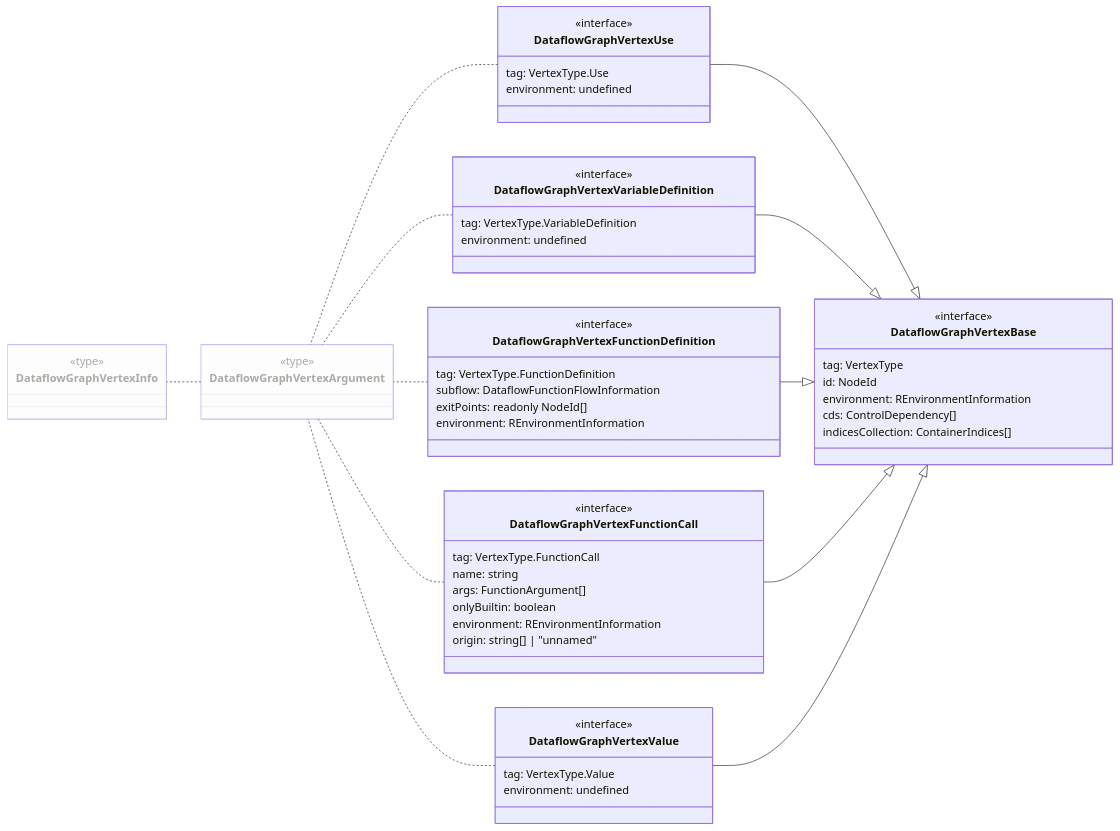
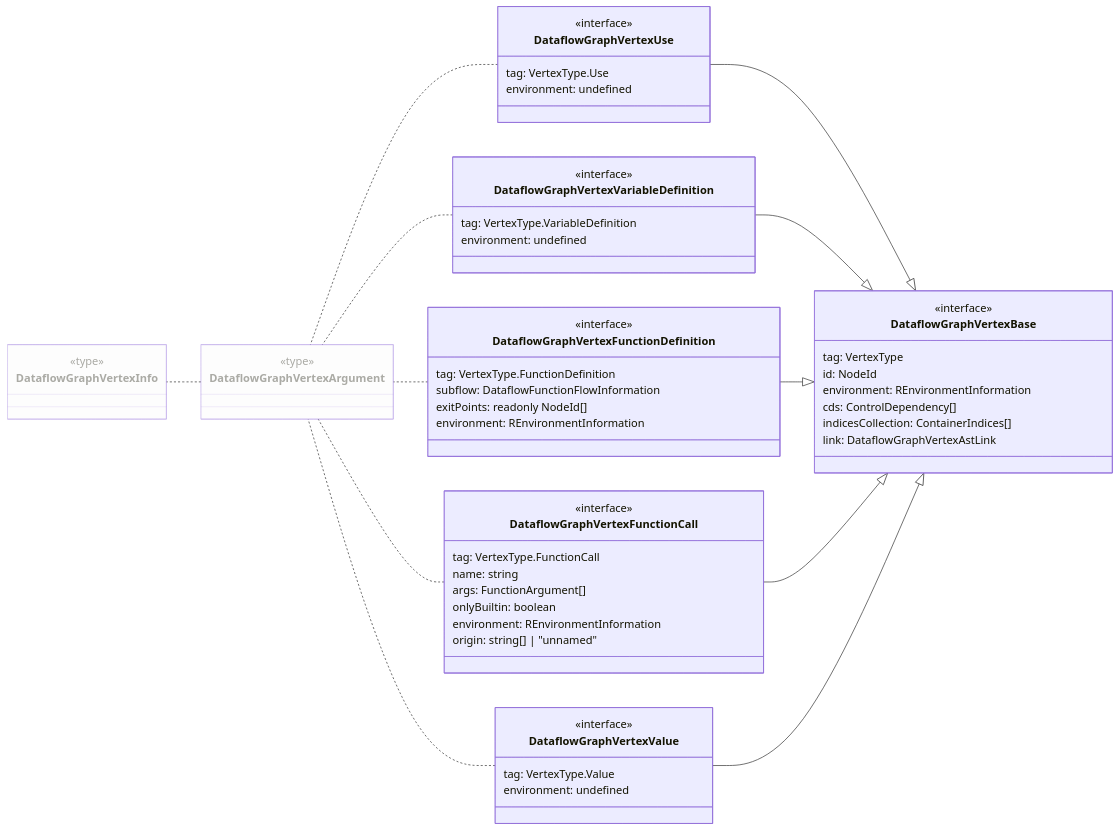
The second of 48 diagrams in wiki/Dataflow Graph.md (flowr-analysis/flowr), drawn with Mermaid before and after one commit. The commit also changed other lines of this file and 1 other file, not shown here.

Commit message:
[skip ci] doc: update generated wiki pages (wiki/Dataflow Graph,wiki/Interface)

````diff
--- a/wiki/Dataflow Graph.md
+++ b/wiki/Dataflow Graph.md
@@ -111,62 +111,63 @@
 ```mermaid
 classDiagram
 direction RL
 class DataflowGraphVertexInfo
     <<type>> DataflowGraphVertexInfo
 style DataflowGraphVertexInfo opacity:.35,fill:#FAFAFA
-click DataflowGraphVertexInfo href "https://github.com/flowr-analysis/flowr/tree/main//src/dataflow/graph/vertex.ts#L289" "This is the union type of all possible vertices that appear within a; #60;code#62;dataflow graph#60;/code#62;; , they can be constructed passing a; #60;code#62;DataflowGraphVertexArgument#60;/code#62;; to the graph.  See; #60;code#62;DataflowGraphVertices#60;/code#62;; for an id#45;based mapping."
+click DataflowGraphVertexInfo href "https://github.com/flowr-analysis/flowr/tree/main//src/dataflow/graph/vertex.ts#L298" "This is the union type of all possible vertices that appear within a; #60;code#62;dataflow graph#60;/code#62;; , they can be constructed passing a; #60;code#62;DataflowGraphVertexArgument#60;/code#62;; to the graph.  See; #60;code#62;DataflowGraphVertices#60;/code#62;; for an id#45;based mapping."
 class DataflowGraphVertexArgument
     <<type>> DataflowGraphVertexArgument
 style DataflowGraphVertexArgument opacity:.35,fill:#FAFAFA
-click DataflowGraphVertexArgument href "https://github.com/flowr-analysis/flowr/tree/main//src/dataflow/graph/vertex.ts#L281" "What is to be passed to construct a vertex in the; #60;code#62;dataflow graph#60;/code#62;"
+click DataflowGraphVertexArgument href "https://github.com/flowr-analysis/flowr/tree/main//src/dataflow/graph/vertex.ts#L290" "What is to be passed to construct a vertex in the; #60;code#62;dataflow graph#60;/code#62;"
 class DataflowGraphVertexUse
     <<interface>> DataflowGraphVertexUse
     DataflowGraphVertexUse : tag#58; VertexType.Use
     DataflowGraphVertexUse : environment#58; undefined
-click DataflowGraphVertexUse href "https://github.com/flowr-analysis/flowr/tree/main//src/dataflow/graph/vertex.ts#L213" "Arguments required to construct a vertex which represents the usage of a variable in the; #60;code#62;dataflow graph#60;/code#62;; ."
+click DataflowGraphVertexUse href "https://github.com/flowr-analysis/flowr/tree/main//src/dataflow/graph/vertex.ts#L222" "Arguments required to construct a vertex which represents the usage of a variable in the; #60;code#62;dataflow graph#60;/code#62;; ."
 class DataflowGraphVertexBase
     <<interface>> DataflowGraphVertexBase
     DataflowGraphVertexBase : tag#58; VertexType
     DataflowGraphVertexBase : id#58; NodeId
     DataflowGraphVertexBase : environment#58; REnvironmentInformation
     DataflowGraphVertexBase : cds#58; ControlDependency#91;#93;
     DataflowGraphVertexBase : indicesCollection#58; ContainerIndices#91;#93;
+    DataflowGraphVertexBase : link#58; DataflowGraphVertexAstLink
 click DataflowGraphVertexBase href "https://github.com/flowr-analysis/flowr/tree/main//src/dataflow/graph/vertex.ts#L156" "Arguments required to construct a vertex in the; #60;code#62;dataflow graph#60;/code#62;; ."
 class DataflowGraphVertexVariableDefinition
     <<interface>> DataflowGraphVertexVariableDefinition
     DataflowGraphVertexVariableDefinition : tag#58; VertexType.VariableDefinition
     DataflowGraphVertexVariableDefinition : environment#58; undefined
-click DataflowGraphVertexVariableDefinition href "https://github.com/flowr-analysis/flowr/tree/main//src/dataflow/graph/vertex.ts#L251" "Arguments required to construct a vertex which represents the definition of a variable in the; #60;code#62;dataflow graph#60;/code#62;; ."
+click DataflowGraphVertexVariableDefinition href "https://github.com/flowr-analysis/flowr/tree/main//src/dataflow/graph/vertex.ts#L260" "Arguments required to construct a vertex which represents the definition of a variable in the; #60;code#62;dataflow graph#60;/code#62;; ."
 class DataflowGraphVertexFunctionDefinition
     <<interface>> DataflowGraphVertexFunctionDefinition
     DataflowGraphVertexFunctionDefinition : tag#58; VertexType.FunctionDefinition
     DataflowGraphVertexFunctionDefinition : subflow#58; DataflowFunctionFlowInformation
     DataflowGraphVertexFunctionDefinition : exitPoints#58; readonly NodeId#91;#93;
     DataflowGraphVertexFunctionDefinition : environment#58; REnvironmentInformation
-click DataflowGraphVertexFunctionDefinition href "https://github.com/flowr-analysis/flowr/tree/main//src/dataflow/graph/vertex.ts#L262" "Arguments required to construct a vertex which represents the definition of a function in the; #60;code#62;dataflow graph#60;/code#62;; ."
+click DataflowGraphVertexFunctionDefinition href "https://github.com/flowr-analysis/flowr/tree/main//src/dataflow/graph/vertex.ts#L271" "Arguments required to construct a vertex which represents the definition of a function in the; #60;code#62;dataflow graph#60;/code#62;; ."
 class DataflowGraphVertexFunctionCall
     <<interface>> DataflowGraphVertexFunctionCall
     DataflowGraphVertexFunctionCall : tag#58; VertexType.FunctionCall
     DataflowGraphVertexFunctionCall : name#58; string
     DataflowGraphVertexFunctionCall : args#58; FunctionArgument#91;#93;
     DataflowGraphVertexFunctionCall : onlyBuiltin#58; boolean
     DataflowGraphVertexFunctionCall : environment#58; REnvironmentInformation
     DataflowGraphVertexFunctionCall : origin#58; string#91;#93; | #34;unnamed#34;
-click DataflowGraphVertexFunctionCall href "https://github.com/flowr-analysis/flowr/tree/main//src/dataflow/graph/vertex.ts#L224" "Arguments required to construct a vertex which represents the usage of a variable in the; #60;code#62;dataflow graph#60;/code#62;; ."
+click DataflowGraphVertexFunctionCall href "https://github.com/flowr-analysis/flowr/tree/main//src/dataflow/graph/vertex.ts#L233" "Arguments required to construct a vertex which represents the usage of a variable in the; #60;code#62;dataflow graph#60;/code#62;; ."
 class DataflowGraphVertexValue
     <<interface>> DataflowGraphVertexValue
     DataflowGraphVertexValue : tag#58; VertexType.Value
     DataflowGraphVertexValue : environment#58; undefined
-click DataflowGraphVertexValue href "https://github.com/flowr-analysis/flowr/tree/main//src/dataflow/graph/vertex.ts#L203" "Marker vertex for a value in the dataflow of the program. This does not contain the #95;value#95; of the referenced constant as this is available with the; #60;code#62;id#60;/code#62;; in the; #60;code#62;normalized AST#60;/code#62;; (or more specifically the; #60;code#62;AstIdMap#60;/code#62;; ).  If you have a; #60;code#62;dataflow graph#60;/code#62;; named #96;graph#96; with an; #60;code#62;AstIdMap#60;/code#62;; and a value vertex object with name #96;value#96; the following Code should work#58;"
+click DataflowGraphVertexValue href "https://github.com/flowr-analysis/flowr/tree/main//src/dataflow/graph/vertex.ts#L212" "Marker vertex for a value in the dataflow of the program. This does not contain the #95;value#95; of the referenced constant as this is available with the; #60;code#62;id#60;/code#62;; in the; #60;code#62;normalized AST#60;/code#62;; (or more specifically the; #60;code#62;AstIdMap#60;/code#62;; ).  If you have a; #60;code#62;dataflow graph#60;/code#62;; named #96;graph#96; with an; #60;code#62;AstIdMap#60;/code#62;; and a value vertex object with name #96;value#96; the following Code should work#58;"
 DataflowGraphVertexArgument .. DataflowGraphVertexInfo
 DataflowGraphVertexUse .. DataflowGraphVertexArgument
 DataflowGraphVertexBase <|-- DataflowGraphVertexUse
 DataflowGraphVertexVariableDefinition .. DataflowGraphVertexArgument
 DataflowGraphVertexBase <|-- DataflowGraphVertexVariableDefinition
 DataflowGraphVertexFunctionDefinition .. DataflowGraphVertexArgument
 DataflowGraphVertexBase <|-- DataflowGraphVertexFunctionDefinition
 DataflowGraphVertexFunctionCall .. DataflowGraphVertexArgument
 DataflowGraphVertexBase <|-- DataflowGraphVertexFunctionCall
 DataflowGraphVertexValue .. DataflowGraphVertexArgument
 DataflowGraphVertexBase <|-- DataflowGraphVertexValue
 ```
````
